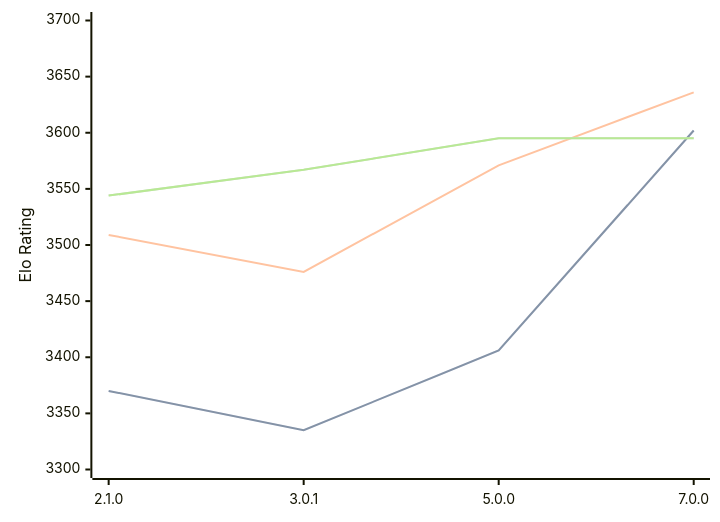
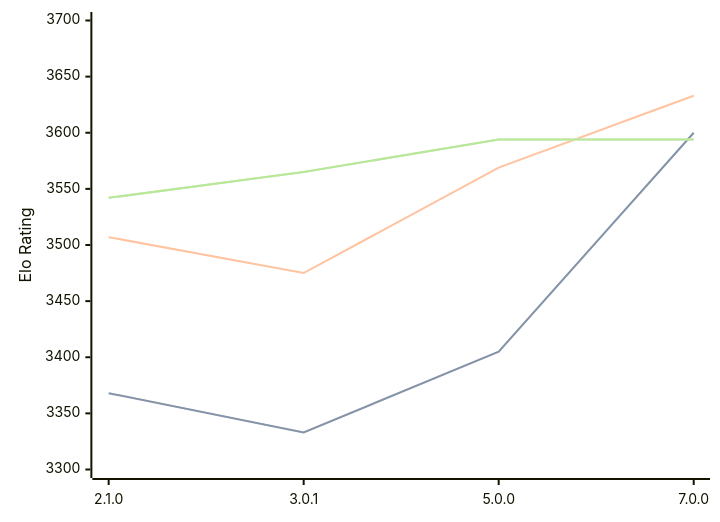
Before and after one commit to computer-chess-index/cci: the diagram in engines/PlentyChess.md, drawn with Mermaid. The commit also changed other lines of this file, not shown here.

Commit message:
Update CCI Ratings (ELO VLTC) - 2026-03-08

````diff
--- a/engines/PlentyChess.md
+++ b/engines/PlentyChess.md
@@ -43,11 +43,11 @@
 ```mermaid
 %%{init: {"theme":"base","themeVariables":{"seriesColors:['#a3a3a3','#222221','#faa371']}}}%%
 xychart-beta
   x-axis ["2.1.0", "3.0.1", "5.0.0", "7.0.0"]
   y-axis "Elo Rating" 3300 --> 3700
-  line "STC (8.0+0.08s)" [3370, 3335, 3406, 3602]
-  line "STC (8.0+0.08s)" [3370, 3335, 3406, 3602]
-  line "LTC (60.0+0.60s)" [3509, 3476, 3571, 3636]
-  line "VLTC (2m24s+1.12s)" [3544, 3567, 3595, 3595]
-  line "VLTC (2m24s+1.12s)" [3544, 3567, 3595, 3595]
+  line "STC (8.0+0.08s)" [3368, 3333, 3405, 3600]
+  line "STC (8.0+0.08s)" [3368, 3333, 3405, 3600]
+  line "LTC (60.0+0.60s)" [3507, 3475, 3569, 3633]
+  line "VLTC (2m24s+1.12s)" [3542, 3565, 3594, 3594]
+  line "VLTC (2m24s+1.12s)" [3542, 3565, 3594, 3594]
 ```
````
